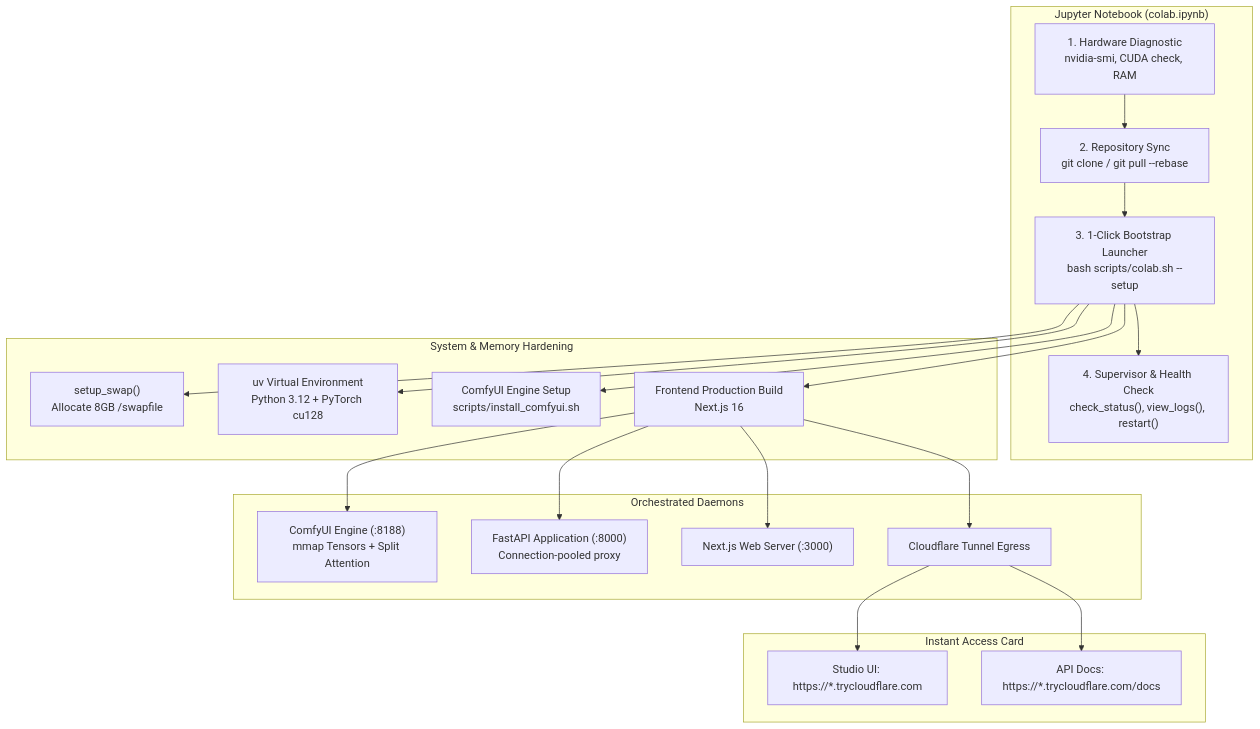
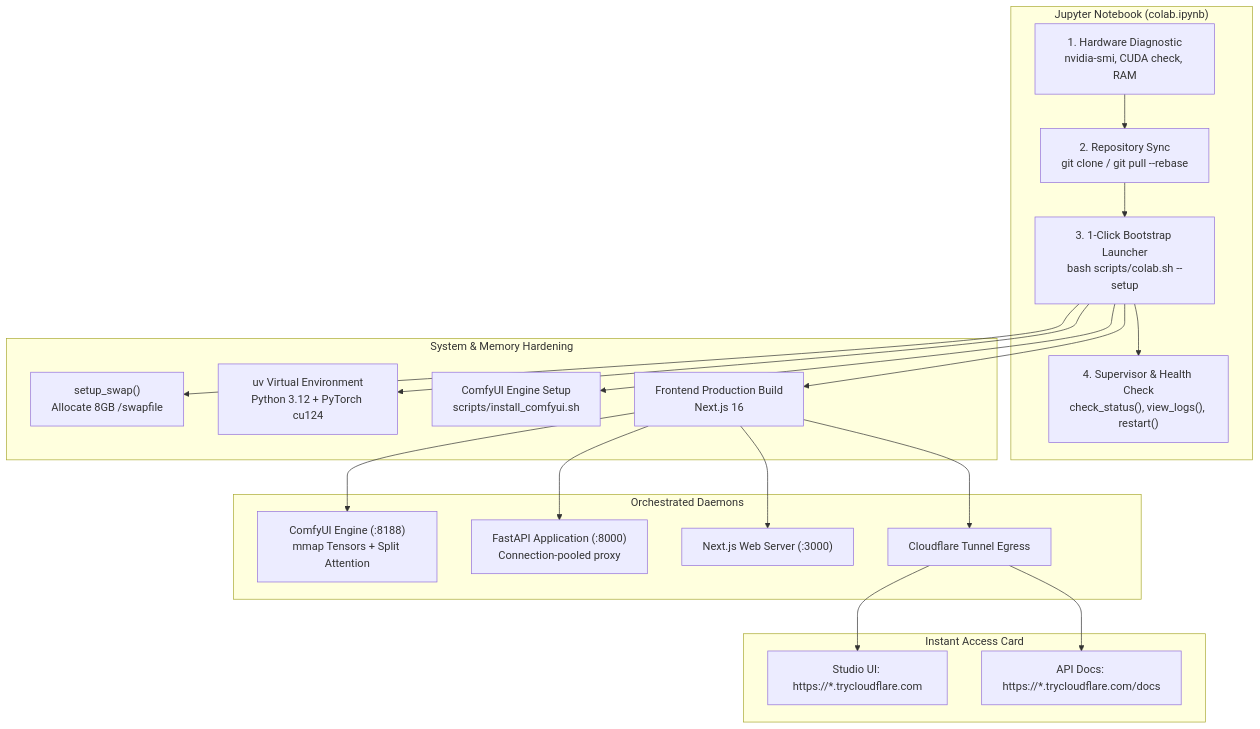
Before and after one commit to Silentzx2/AI_Studio: the diagram in Docs/COLAB_SETUP.md, drawn with Mermaid.

Commit message:
docs(colab): update diagram to reflect CUDA 12.4 runtime

````diff
--- a/Docs/COLAB_SETUP.md
+++ b/Docs/COLAB_SETUP.md
@@ -17,27 +17,27 @@
 ```mermaid
 flowchart TD
     subgraph ColabNotebook["Jupyter Notebook (colab.ipynb)"]
         A["1. Hardware Diagnostic<br/>nvidia-smi, CUDA check, RAM"] --> B["2. Repository Sync<br/>git clone / git pull --rebase"]
         B --> C["3. 1-Click Bootstrap Launcher<br/>bash scripts/colab.sh --setup"]
         C --> D["4. Supervisor & Health Check<br/>check_status(), view_logs(), restart()"]
     end
 
     subgraph ColabSystem["System & Memory Hardening"]
         C --> S1["setup_swap()<br/>Allocate 8GB /swapfile"]
-        C --> S2["uv Virtual Environment<br/>Python 3.12 + PyTorch cu128"]
+        C --> S2["uv Virtual Environment<br/>Python 3.12 + PyTorch cu124"]
         C --> S3["ComfyUI Engine Setup<br/>scripts/install_comfyui.sh"]
         C --> S4["Frontend Production Build<br/>Next.js 16"]
     end
 
     subgraph Services["Orchestrated Daemons"]
         S4 --> D1["ComfyUI Engine (:8188)<br/>mmap Tensors + Split Attention"]
         S4 --> D2["FastAPI Application (:8000)<br/>Connection-pooled proxy"]
         S4 --> D3["Next.js Web Server (:3000)"]
         S4 --> D4["Cloudflare Tunnel Egress"]
     end
 
     subgraph TunnelCard["Instant Access Card"]
         D4 --> U1["Studio UI: https://*.trycloudflare.com"]
         D4 --> U2["API Docs: https://*.trycloudflare.com/docs"]
     end
 ```
````
